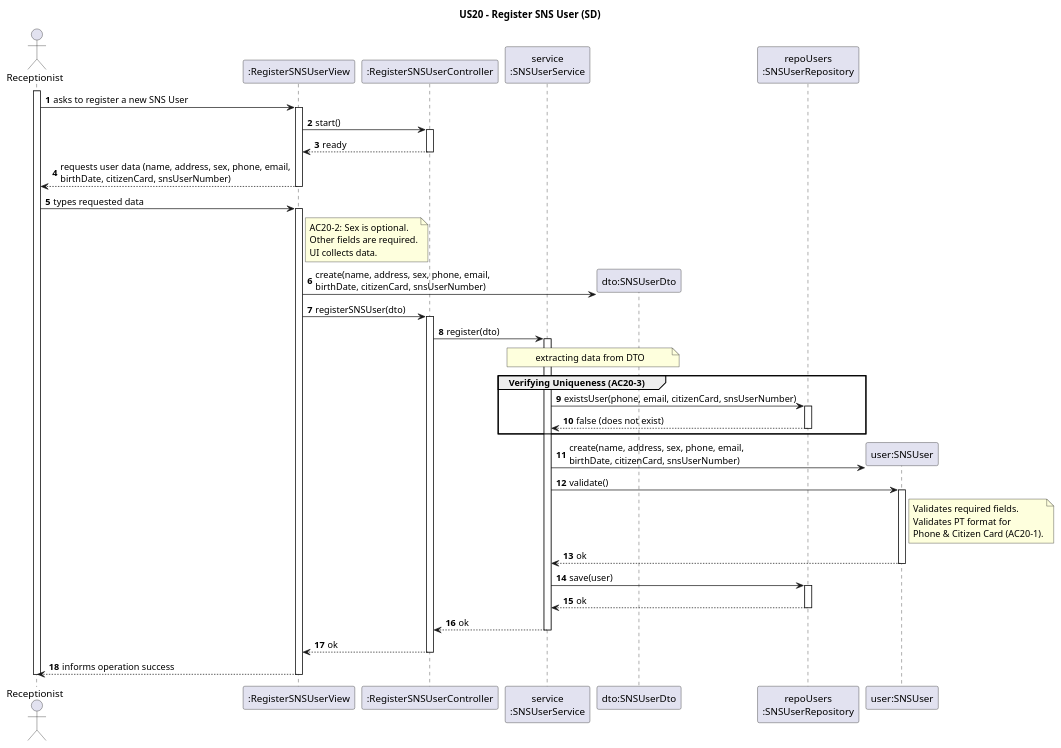
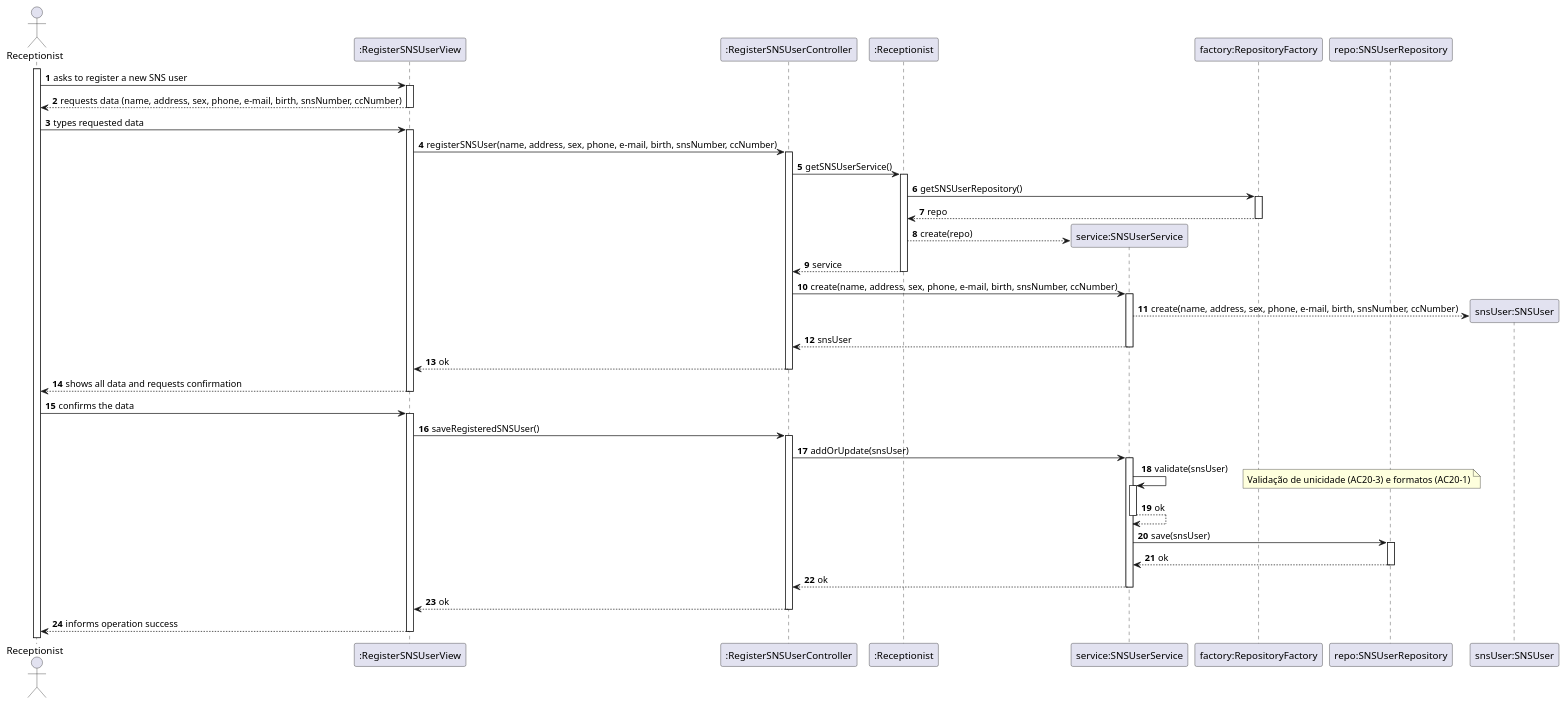
The diagram in docs/system-documentation/US20/puml/US20-SD.puml (luluisfcm/leti-esoft-25-26-B5), drawn with PlantUML before and after one commit. The commit also changed 19 other files, not shown here.

```diff
--- a/docs/system-documentation/US20/puml/US20-SD.puml
+++ b/docs/system-documentation/US20/puml/US20-SD.puml
@@ -1,85 +1,53 @@
 @startuml
-title US20 - Register SNS User (SD)
+'https://plantuml.com/sequence-diagram
+autoactivate on
 autonumber
 
-actor "Receptionist" as Rec
-participant ":RegisterSNSUserView" as UI
+actor "Receptionist" as User
+participant ":RegisterSNSUserView" as System
 participant ":RegisterSNSUserController" as Ctrl
-participant "service\n:SNSUserService" as Svc
-participant "dto:SNSUserDto" as DTO
-participant "repoUsers\n:SNSUserRepository" as Repo
-participant "user:SNSUser" as Dom
+participant ":Receptionist" as Receptionist
+participant "service:SNSUserService" as Service
+participant "factory:RepositoryFactory" as Factory
+participant "repo:SNSUserRepository" as Repo
+participant "snsUser:SNSUser" as SNSUser
 
-activate Rec
+activate User
 
-Rec -> UI : asks to register a new SNS User
-activate UI
+User -> System: asks to register a new SNS user
+System --> User: requests data (name, address, sex, phone, e-mail, birth, snsNumber, ccNumber)
 
-UI -> Ctrl : start()
-activate Ctrl
-Ctrl --> UI : ready
-deactivate Ctrl
+User -> System: types requested data
+'Nota: Não usamos DTO, passamos os atributos diretamente
+System -> Ctrl: registerSNSUser(name, address, sex, phone, e-mail, birth, snsNumber, ccNumber)
 
-UI --> Rec : requests user data (name, address, sex, phone, email,\nbirthDate, citizenCard, snsUserNumber)
-deactivate UI
+'Aplicação do Repository & Service Pattern com Abstract Factory
+Ctrl -> Receptionist: getSNSUserService()
+Receptionist -> Factory : getSNSUserRepository()
+Factory --> Receptionist: repo
+Receptionist --> Service**: create(repo)
+Receptionist --> Ctrl: service
 
-Rec -> UI : types requested data
-activate UI
+'Criação da entidade SNSUser
+Ctrl -> Service: create(name, address, sex, phone, e-mail, birth, snsNumber, ccNumber)
+Service --> SNSUser**: create(name, address, sex, phone, e-mail, birth, snsNumber, ccNumber)
+Service --> Ctrl: snsUser
 
-    note right of UI
-        AC20-2: Sex is optional.
-        Other fields are required.
-        UI collects data.
-    end note
+Ctrl --> System: ok
+System --> User: shows all data and requests confirmation
 
-    UI -> DTO** : create(name, address, sex, phone, email,\nbirthDate, citizenCard, snsUserNumber)
+User -> System: confirms the data
+System -> Ctrl: saveRegisteredSNSUser()
 
-    UI -> Ctrl : registerSNSUser(dto)
-    activate Ctrl
+'Separação de responsabilidades: Service valida, Repository guarda
+Ctrl -> Service: addOrUpdate(snsUser)
+Service -> Service : validate(snsUser)
+note right: Validação de unicidade (AC20-3) e formatos (AC20-1)
+Service --> Service : ok
 
-        Ctrl -> Svc : register(dto)
-        activate Svc
-
-            note over Svc, DTO
-                extracting data from DTO
-            end note
-
-            ' AC20-3: Uniqueness Check
-            group Verifying Uniqueness (AC20-3)
-                Svc -> Repo : existsUser(phone, email, citizenCard, snsUserNumber)
-                activate Repo
-                Repo --> Svc : false (does not exist)
-                deactivate Repo
-            end
-
-            ' Creating the Domain Object
-            Svc -> Dom** : create(name, address, sex, phone, email,\nbirthDate, citizenCard, snsUserNumber)
-
-            ' Validating Business Rules (AC20-1 & AC20-2)
-            Svc -> Dom : validate()
-            activate Dom
-                note right of Dom
-                    Validates required fields.
-                    Validates PT format for
-                    Phone & Citizen Card (AC20-1).
-                end note
-            Dom --> Svc : ok
-            deactivate Dom
-
-            ' Persistence
-            Svc -> Repo : save(user)
-            activate Repo
-            Repo --> Svc : ok
-            deactivate Repo
-
-        Svc --> Ctrl : ok
-        deactivate Svc
-
-    Ctrl --> UI : ok
-    deactivate Ctrl
-
-UI --> Rec : informs operation success
-deactivate UI
-
-deactivate Rec
+Service -> Repo: save(snsUser)
+Repo --> Service : ok
+Service --> Ctrl: ok
+Ctrl --> System: ok
+System --> User: informs operation success
 @enduml
```
